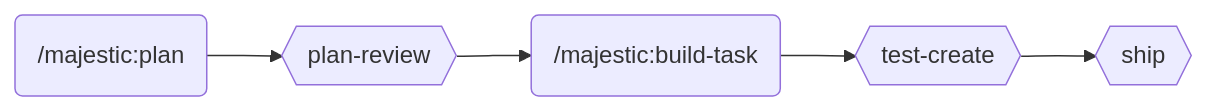
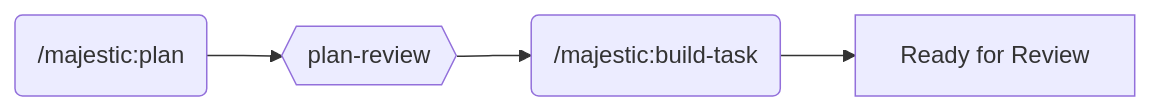
Before and after one commit to majesticlabs-dev/majestic-marketplace: the second of 2 diagrams in plugins/majestic-engineer/README.md, drawn with Mermaid. The commit also changed other lines of this file, not shown here.

Commit message:
docs: simplify workflows - build-task includes test/review/ship

````diff
--- a/plugins/majestic-engineer/README.md
+++ b/plugins/majestic-engineer/README.md
@@ -44,7 +41,6 @@
 ```mermaid
 graph LR
     A(/majestic:plan) --> B{{plan-review}}
     B --> C(/majestic:build-task)
-    C --> D{{test-create}}
-    D --> E{{ship}}
+    C --> D[Ready for Review]
 ```
````
